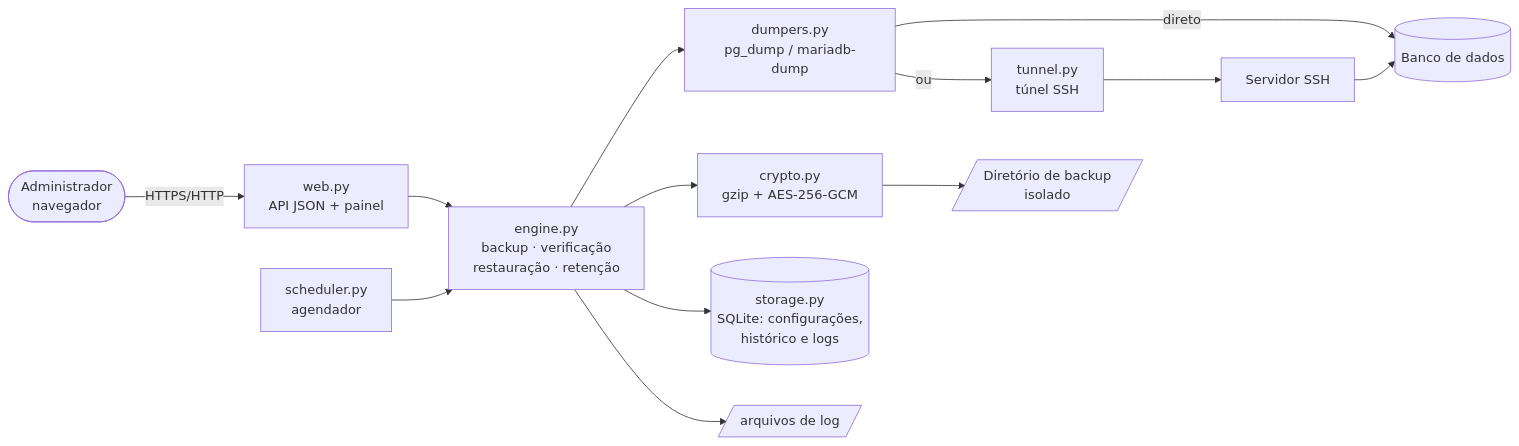
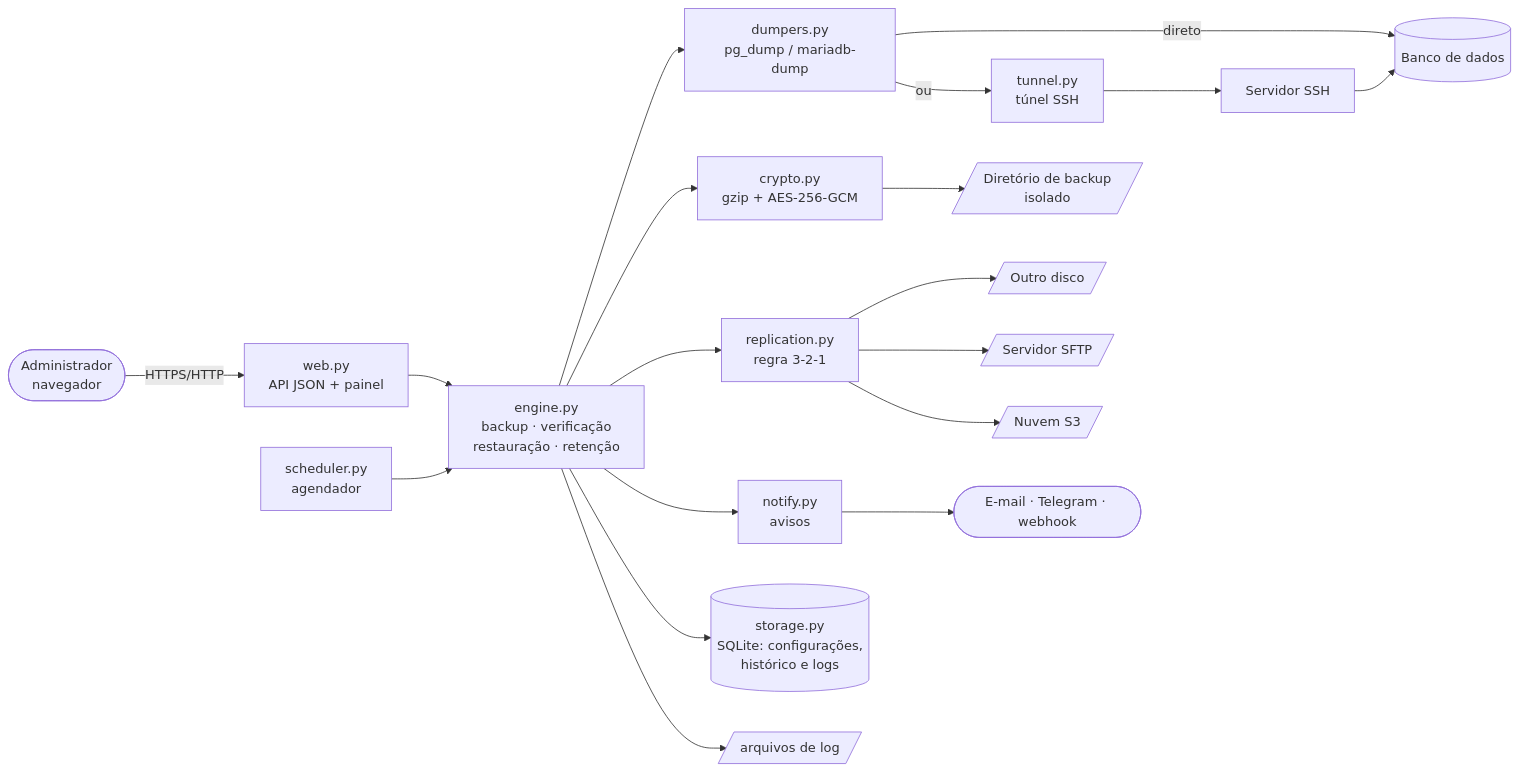
The first of 5 diagrams in README.md (kauandeon-dev/Sentinela), drawn with Mermaid before and after one commit. The commit also changed other lines of this file and 26 other files, not shown here.

````diff
--- a/README.md
+++ b/README.md
@@ -89,13 +98,19 @@
 ```mermaid
 flowchart LR
     U([Administrador<br>navegador]) -- HTTPS/HTTP --> W[web.py<br>API JSON + painel]
     W --> E[engine.py<br>backup · verificação<br>restauração · retenção]
     S[scheduler.py<br>agendador] --> E
     E --> D[dumpers.py<br>pg_dump / mariadb-dump]
     D -- direto --> DB[(Banco de dados)]
     D -- ou --> T[tunnel.py<br>túnel SSH] --> SSH[Servidor SSH] --> DB
     E --> C[crypto.py<br>gzip + AES-256-GCM]
     C --> B[/Diretório de backup<br>isolado/]
+    E --> R[replication.py<br>regra 3-2-1]
+    R --> X1[/Outro disco/]
+    R --> X2[/Servidor SFTP/]
+    R --> X3[/Nuvem S3/]
+    E --> N[notify.py<br>avisos]
+    N --> N1([E-mail · Telegram · webhook])
     E --> ST[(storage.py<br>SQLite: configurações,<br>histórico e logs)]
     E --> L[/arquivos de log/]
 ```
````
